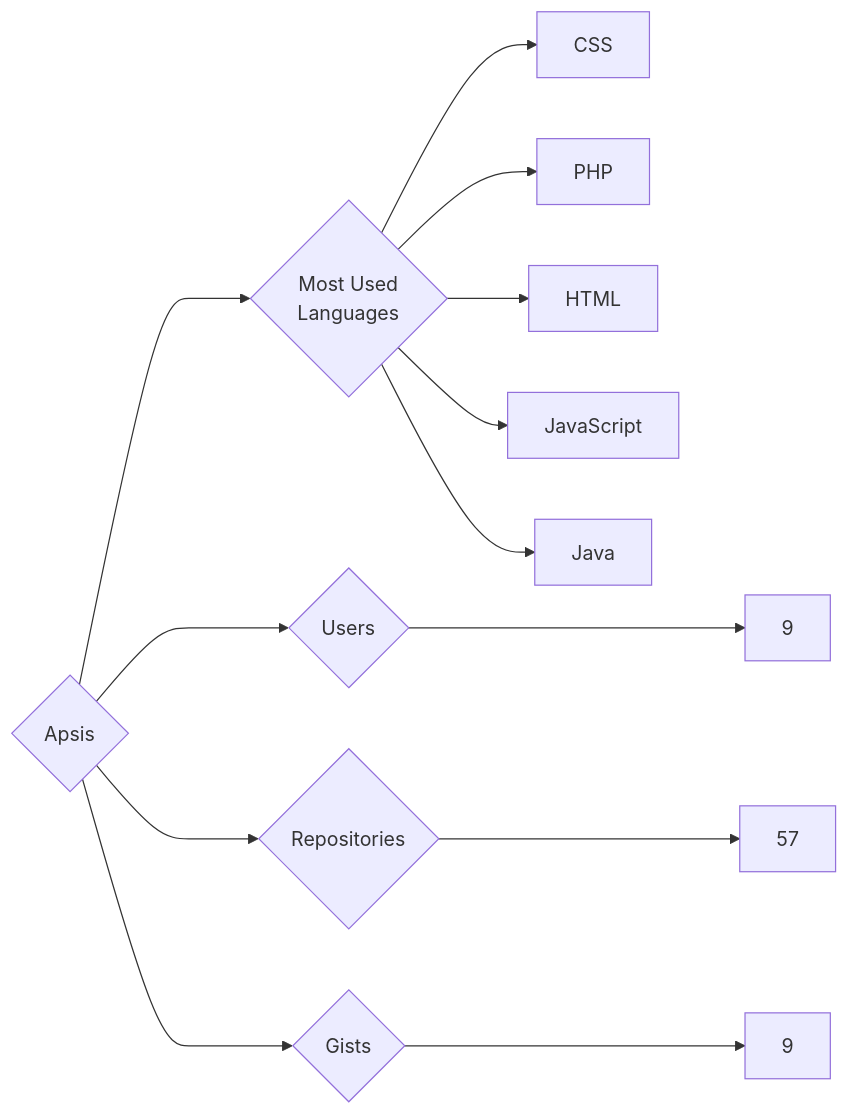
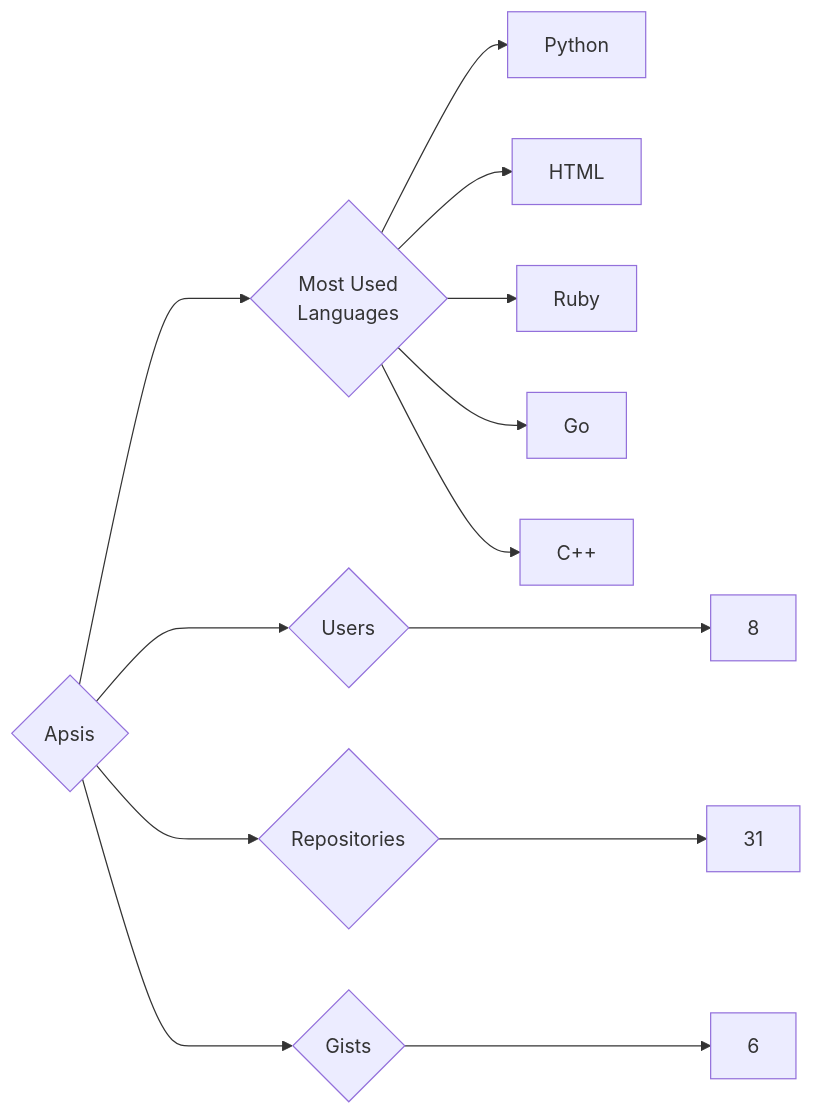
The diagram in targets/Apsis/README.md (trickest/insiders), drawn with Mermaid before and after one commit. The commit also changed 870 other files, not shown here.

````diff
--- a/targets/Apsis/README.md
+++ b/targets/Apsis/README.md
@@ -3,13 +3,13 @@
 ```mermaid
 graph LR
 COMPANY_NAME{Apsis}
-COMPANY_NAME ---> U{Users} ---> UN[9]
-COMPANY_NAME ---> R{Repositories} ---> RN[57]
-COMPANY_NAME ---> G{Gists} ---> GN[9]
+COMPANY_NAME ---> U{Users} ---> UN[8]
+COMPANY_NAME ---> R{Repositories} ---> RN[31]
+COMPANY_NAME ---> G{Gists} ---> GN[6]
 COMPANY_NAME ---> ML{Most Used<br>Languages}
-ML --> CSS[CSS]
-ML --> PHP[PHP]
+ML --> Python[Python]
 ML --> HTML[HTML]
-ML --> JavaScript[JavaScript]
-ML --> Java[Java]
+ML --> Ruby[Ruby]
+ML --> Go[Go]
+ML --> C++[C++]
 ```
````
